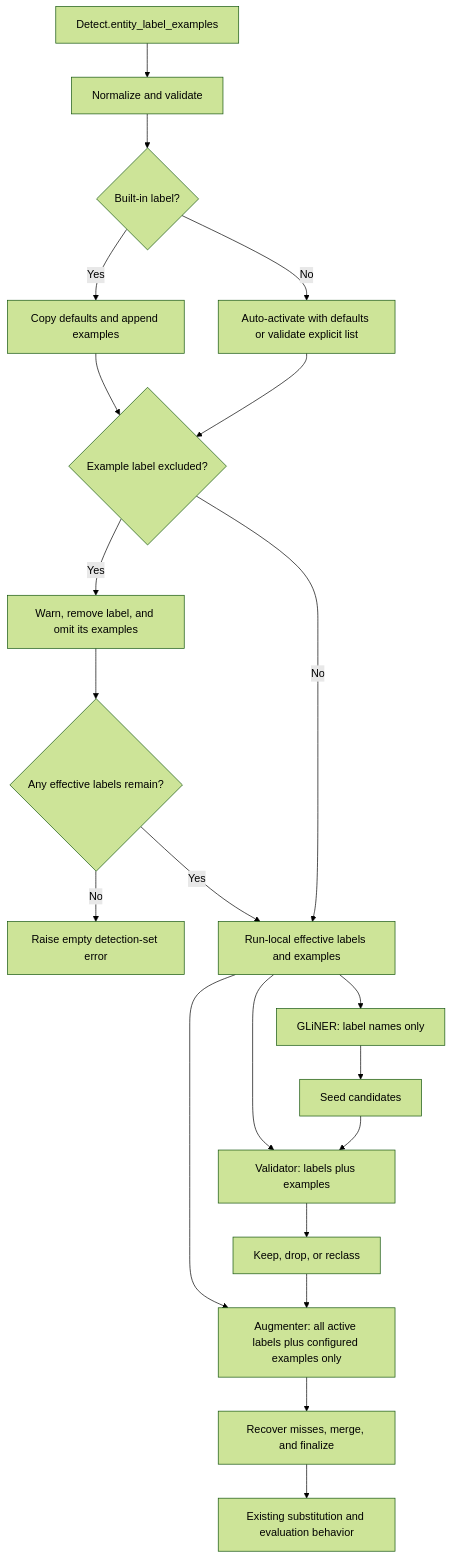
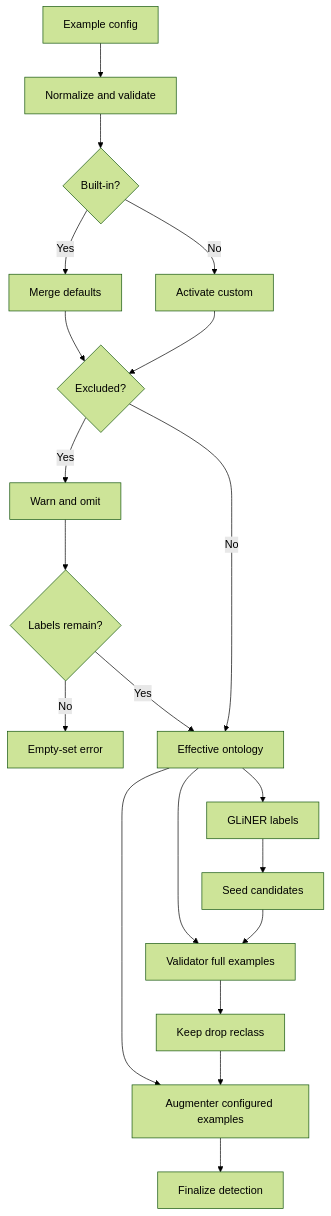
The diagram in plans/259-add-entity-label-examples.md (NVIDIA-NeMo/Anonymizer), drawn with Mermaid (forest theme) before and after one commit. The commit also changed other lines of this file, not shown here.

Commit message:
updates to the diagram for better readability

````diff
--- a/plans/259-add-entity-label-examples.md
+++ b/plans/259-add-entity-label-examples.md
@@ -127,23 +127,22 @@
 ```mermaid
-flowchart TD
-    Config["Detect.entity_label_examples"] --> Normalize["Normalize and validate"]
-    Normalize --> KeyType{"Built-in label?"}
-    KeyType -->|"Yes"| BuiltInResolve["Copy defaults and append examples"]
-    KeyType -->|"No"| CustomResolve["Auto-activate with defaults or validate explicit list"]
-    BuiltInResolve --> ExclusionCheck{"Example label excluded?"}
-    CustomResolve --> ExclusionCheck
-    ExclusionCheck -->|"Yes"| IgnoreExcluded["Warn, remove label, and omit its examples"]
-    IgnoreExcluded --> RemainingLabels{"Any effective labels remain?"}
-    RemainingLabels -->|"No"| ConfigError["Raise empty detection-set error"]
-    RemainingLabels -->|"Yes"| Effective
-    ExclusionCheck -->|"No"| Effective["Run-local effective labels and examples"]
-    Effective --> Gliner["GLiNER: label names only"]
-    Effective --> Validator["Validator: labels plus examples"]
+flowchart TB
+    Config["Example config"] --> Normalize["Normalize and validate"]
+    Normalize --> KeyType{"Built-in?"}
+    KeyType -->|"Yes"| BuiltIn["Merge defaults"]
+    KeyType -->|"No"| Custom["Activate custom"]
+    BuiltIn --> Excluded{"Excluded?"}
+    Custom --> Excluded
+    Excluded -->|"Yes"| Ignore["Warn and omit"]
+    Ignore --> Remaining{"Labels remain?"}
+    Remaining -->|"No"| Error["Empty-set error"]
+    Remaining -->|"Yes"| Effective["Effective ontology"]
+    Excluded -->|"No"| Effective
+    Effective --> Gliner["GLiNER labels"]
     Gliner --> Candidates["Seed candidates"]
+    Effective --> Validator["Validator full examples"]
     Candidates --> Validator
-    Validator --> Decisions["Keep, drop, or reclass"]
-    Effective --> Augmenter["Augmenter: all active labels plus configured examples only"]
+    Validator --> Decisions["Keep drop reclass"]
+    Effective --> Augmenter["Augmenter configured examples"]
     Decisions --> Augmenter
-    Augmenter --> FinalDetection["Recover misses, merge, and finalize"]
-    FinalDetection --> ExistingBoundary["Existing substitution and evaluation behavior"]
+    Augmenter --> FinalDetection["Finalize detection"]
 ```
````
